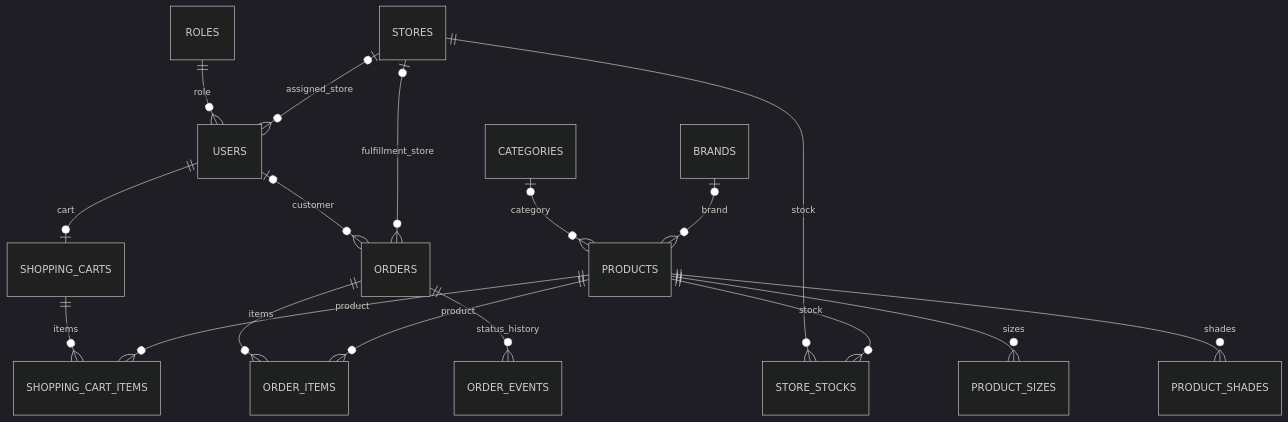
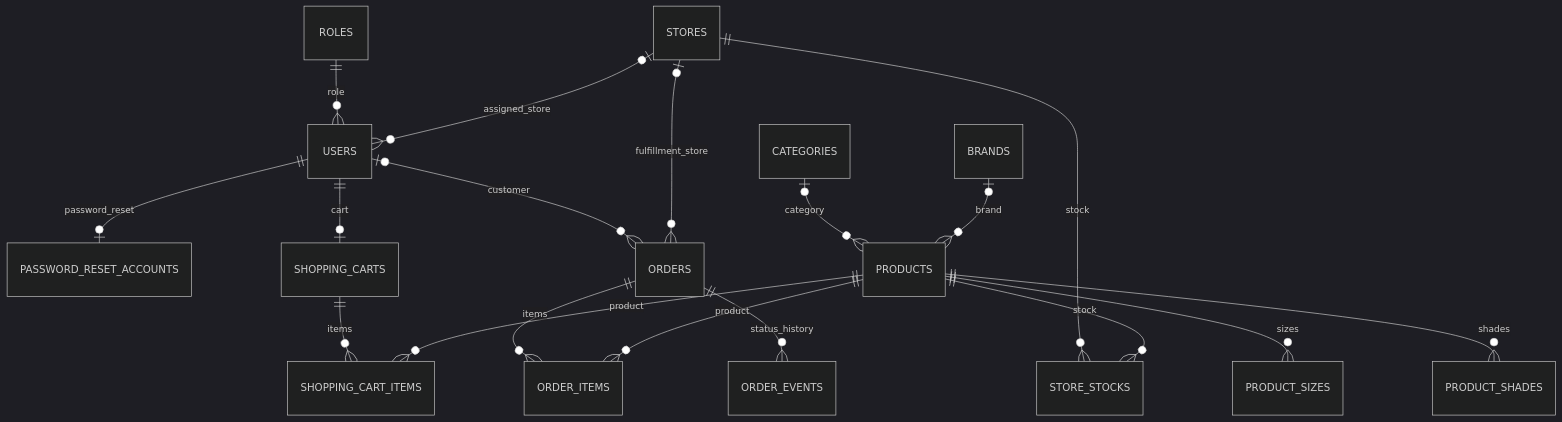
The diagram in docs/mysql.md (KenvinTran9/Oneshop), drawn with Mermaid (dark theme) before and after one commit. The commit also changed other lines of this file and 3 other files, not shown here.

````diff
--- a/docs/mysql.md
+++ b/docs/mysql.md
@@ -28,19 +28,20 @@
 ```mermaid
 erDiagram
     ROLES ||--o{ USERS : role
+    USERS ||--o| PASSWORD_RESET_ACCOUNTS : password_reset
     STORES o|--o{ USERS : assigned_store
     CATEGORIES o|--o{ PRODUCTS : category
     BRANDS o|--o{ PRODUCTS : brand
     PRODUCTS ||--o{ PRODUCT_SIZES : sizes
     PRODUCTS ||--o{ PRODUCT_SHADES : shades
     STORES ||--o{ STORE_STOCKS : stock
     PRODUCTS ||--o{ STORE_STOCKS : stock
     USERS ||--o| SHOPPING_CARTS : cart
     SHOPPING_CARTS ||--o{ SHOPPING_CART_ITEMS : items
     PRODUCTS ||--o{ SHOPPING_CART_ITEMS : product
     USERS o|--o{ ORDERS : customer
     STORES o|--o{ ORDERS : fulfillment_store
     ORDERS ||--o{ ORDER_ITEMS : items
     ORDERS ||--o{ ORDER_EVENTS : status_history
     PRODUCTS ||--o{ ORDER_ITEMS : product
 ```
````
